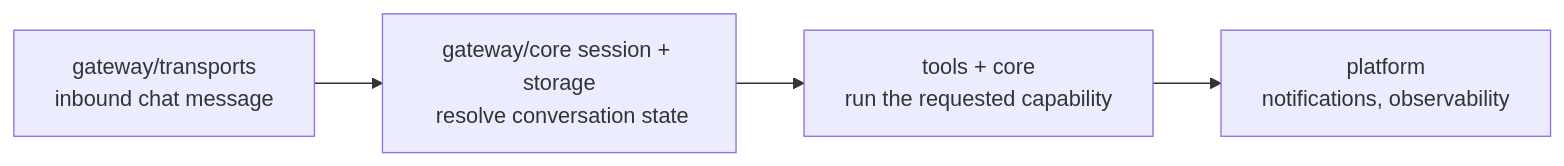
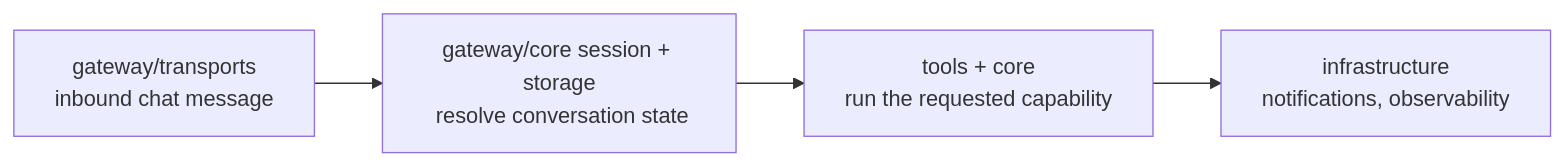
Before and after one commit to Tracer-Cloud/open-sre-agent: the third of 3 diagrams in docs/ARCHITECTURE.md, drawn with Mermaid. The commit also changed other lines of this file and 21 other files, not shown here.

````diff
--- a/docs/ARCHITECTURE.md
+++ b/docs/ARCHITECTURE.md
@@ -208,6 +209,6 @@
 ```mermaid
 flowchart LR
     A["gateway/transports\n inbound chat message"] --> B["gateway/core session + storage\n resolve conversation state"]
     B --> C["tools + core\n run the requested capability"]
-    C --> D["platform\n notifications, observability"]
+    C --> D["infrastructure\n notifications, observability"]
 ```
````
